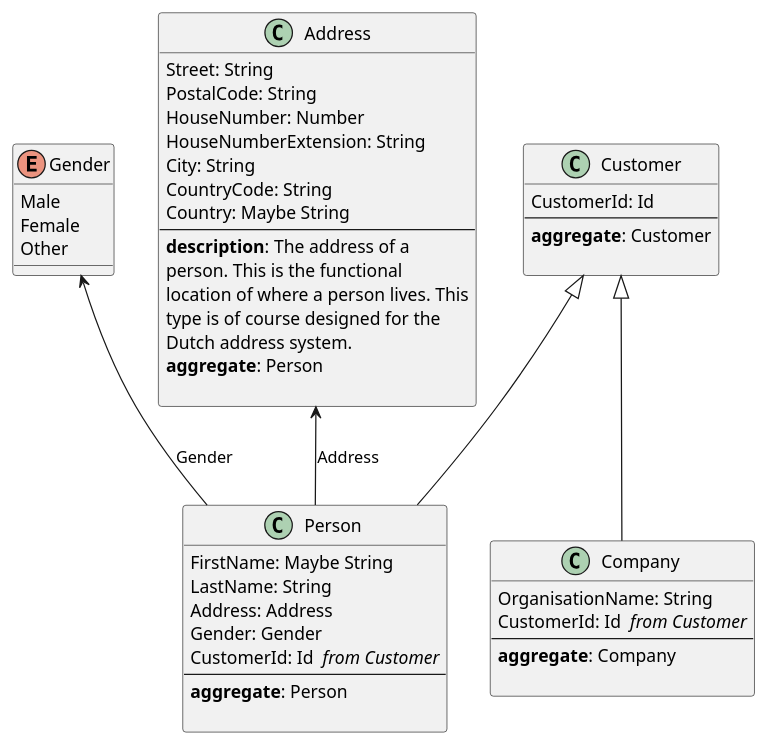
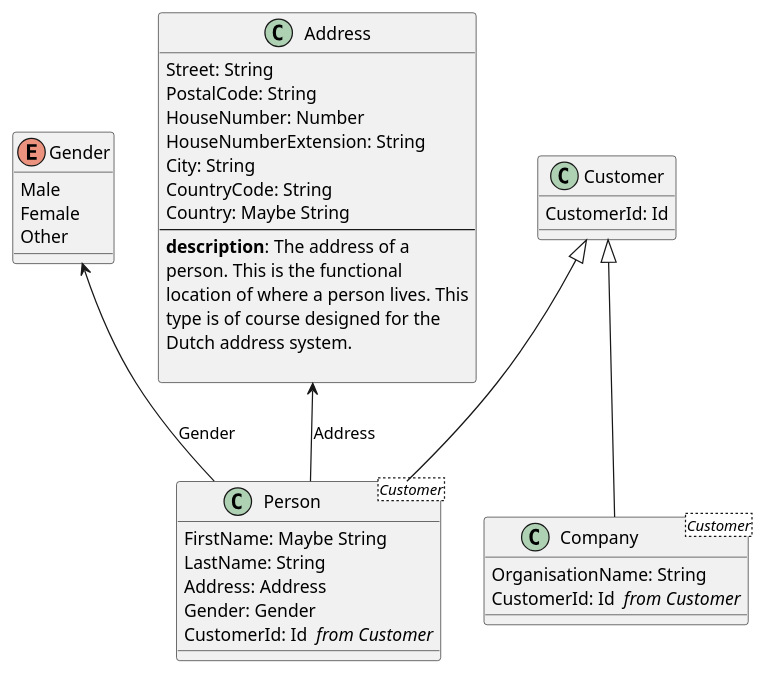
Before and after one commit to Baudin999/car-lang: the diagram in Examples/.out/v0.0.1/Customer/Customer.puml, drawn with PlantUML. The commit also changed 39 other files, not shown here.

```diff
--- a/Examples/.out/v0.0.1/Customer/Customer.puml
+++ b/Examples/.out/v0.0.1/Customer/Customer.puml
@@ -1,49 +1,40 @@
 enum Gender {
 	Male
 	Female
 	Other
+
 }
 class "Address" as Address  {
 	Street: String 
 	PostalCode: String 
 	HouseNumber: Number 
 	HouseNumberExtension: String 
 	City: String 
 	CountryCode: String 
 	Country: Maybe String
 --
   <b>description</b>: The address of a
  person. This is the functional
  location of where a person lives. This
  type is of course designed for the
  Dutch address system.
-<b>aggregate</b>: Person
     
 }
-class "Person " as Person  {
+class "Person " as Person <Customer> {
 	FirstName: Maybe String
 	LastName: String 
 	Address: Address 
 	Gender: Gender 
 	CustomerId: Id  <i>from Customer</i>
---
-  <b>aggregate</b>: Person
-    
 }
 Address <-- Person : Address
 Gender <-- Person : Gender
 Customer <|-- Person
-class "Company " as Company  {
+class "Company " as Company <Customer> {
 	OrganisationName: String 
 	CustomerId: Id  <i>from Customer</i>
---
-  <b>aggregate</b>: Company
-    
 }
 Customer <|-- Company
 class "Customer" as Customer  {
 	CustomerId: Id 
---
-  <b>aggregate</b>: Customer
-    
 }
```
